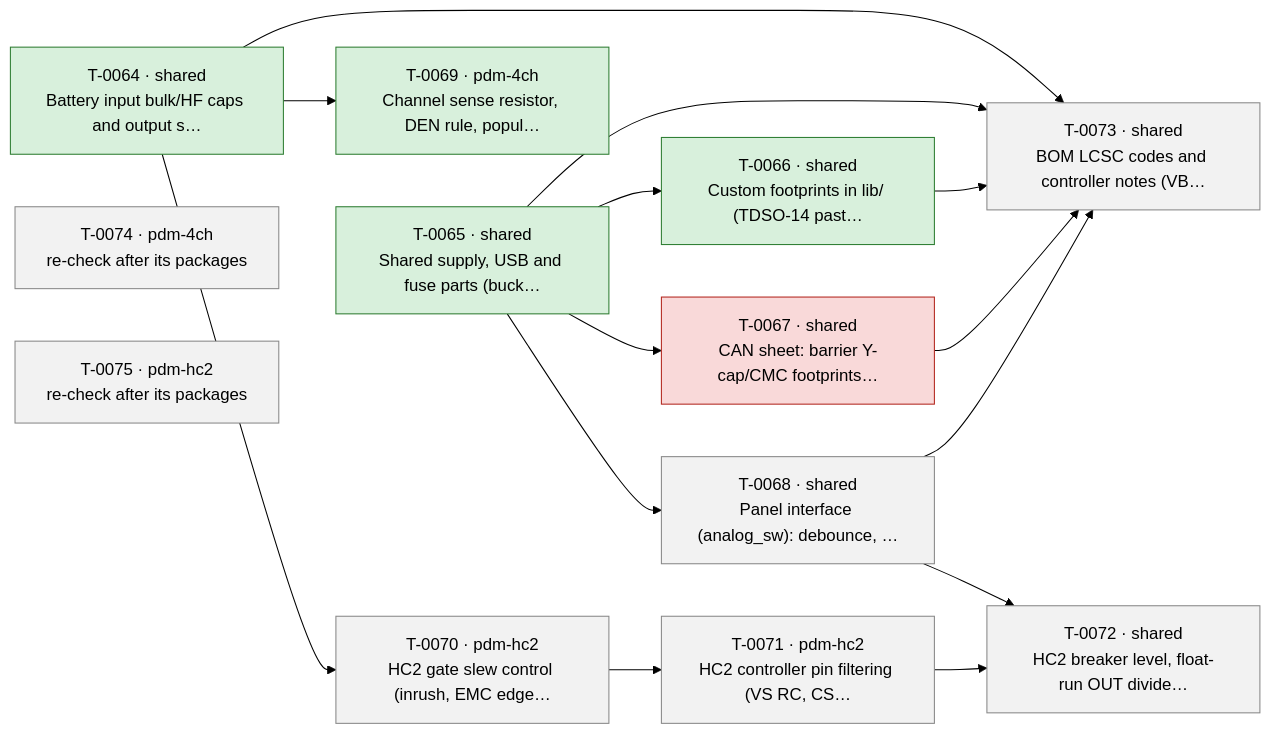
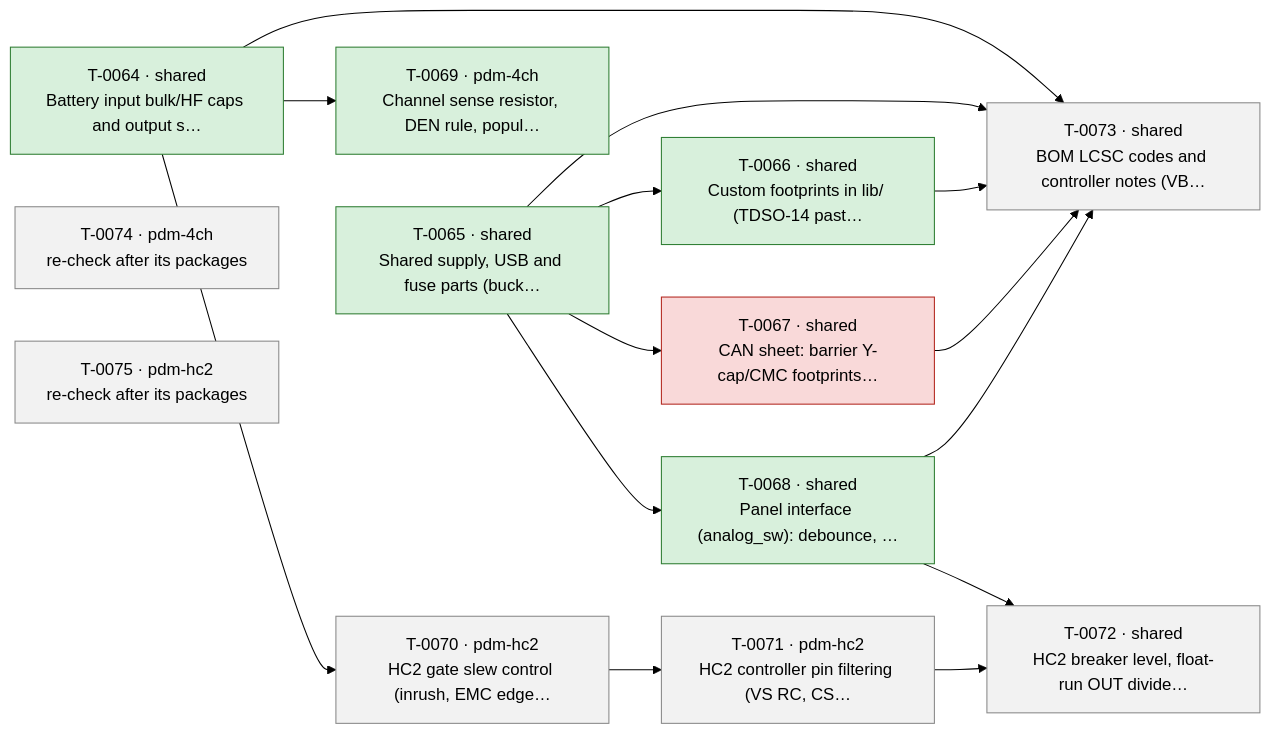
Before and after one commit to plektra/ESP32-PDM: the diagram in docs/ROADMAP.md, drawn with Mermaid (forest theme). The commit also changed other lines of this file and 3 other files, not shown here.

````diff
--- a/docs/ROADMAP.md
+++ b/docs/ROADMAP.md
@@ -18,32 +18,32 @@
 ```mermaid
 flowchart LR
   T0064["T-0064 · shared<br/>Battery input bulk/HF caps and output s…"]:::done
   T0065["T-0065 · shared<br/>Shared supply, USB and fuse parts (buck…"]:::done
   T0066["T-0066 · shared<br/>Custom footprints in lib/ (TDSO-14 past…"]:::done
   T0067["T-0067 · shared<br/>CAN sheet: barrier Y-cap/CMC footprints…"]:::failed
-  T0068["T-0068 · shared<br/>Panel interface (analog_sw): debounce, …"]:::ready
+  T0068["T-0068 · shared<br/>Panel interface (analog_sw): debounce, …"]:::done
   T0069["T-0069 · pdm-4ch<br/>Channel sense resistor, DEN rule, popul…"]:::done
   T0070["T-0070 · pdm-hc2<br/>HC2 gate slew control (inrush, EMC edge…"]:::ready
   T0071["T-0071 · pdm-hc2<br/>HC2 controller pin filtering (VS RC, CS…"]:::ready
   T0072["T-0072 · shared<br/>HC2 breaker level, float-run OUT divide…"]:::ready
   T0073["T-0073 · shared<br/>BOM LCSC codes and controller notes (VB…"]:::ready
   T0074["T-0074 · pdm-4ch<br/>re-check after its packages"]:::ready
   T0075["T-0075 · pdm-hc2<br/>re-check after its packages"]:::ready
   T0065 --> T0066
   T0065 --> T0067
   T0065 --> T0068
   T0064 --> T0069
   T0064 --> T0070
   T0070 --> T0071
   T0068 --> T0072
   T0071 --> T0072
   T0064 --> T0073
   T0065 --> T0073
   T0066 --> T0073
   T0067 --> T0073
   T0068 --> T0073
   classDef done fill:#d8f0dc,stroke:#2e7d32
   classDef running fill:#d6e6ff,stroke:#1f5fbf
   classDef ready fill:#f2f2f2,stroke:#888
   classDef failed fill:#f9d9d9,stroke:#b3261e
 ```
````
